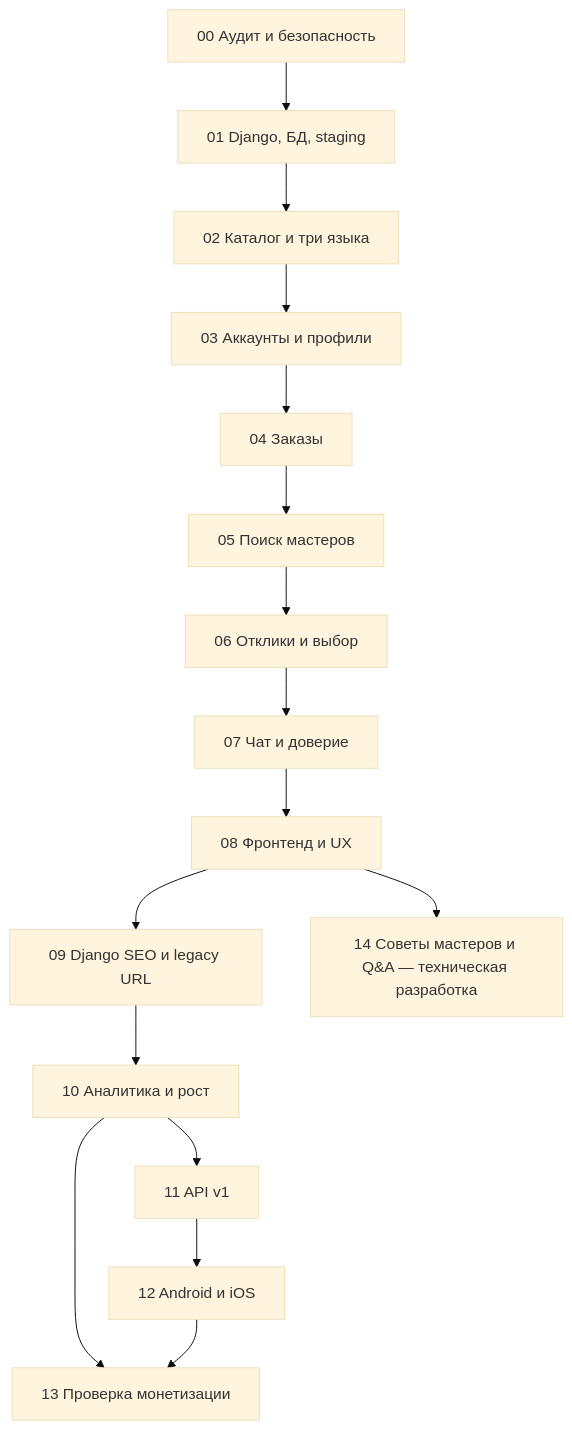
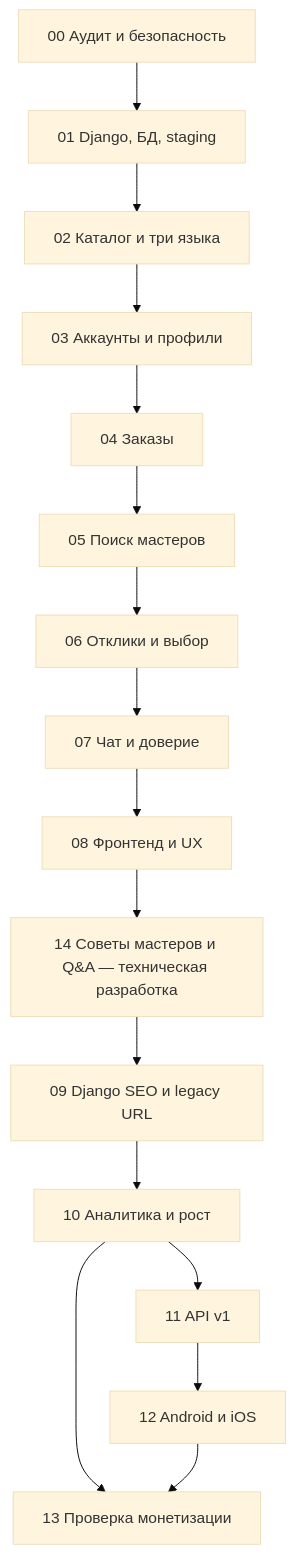
The diagram in docs/ROADMAP.md (maxim9362/zemiPro_site_django), drawn with Mermaid (base theme) before and after one commit. The commit also changed other lines of this file, not shown here.

Commit message:
docs(stage14): roadmap v1.4.5 final CI verified, real-pilot gate pending, Stage09 untouched

````diff
--- a/docs/ROADMAP.md
+++ b/docs/ROADMAP.md
@@ -84,18 +84,18 @@
 ```mermaid
 flowchart TD
     A[00 Аудит и безопасность] --> B[01 Django, БД, staging]
     B --> C[02 Каталог и три языка]
     C --> D[03 Аккаунты и профили]
     D --> E[04 Заказы]
     E --> F[05 Поиск мастеров]
     F --> G[06 Отклики и выбор]
     G --> H[07 Чат и доверие]
     H --> U[08 Фронтенд и UX]
-    U --> I[09 Django SEO и legacy URL]
+    U --> N[14 Советы мастеров и Q&A — техническая разработка]
+    N --> I[09 Django SEO и legacy URL]
     I --> J[10 Аналитика и рост]
     J --> K[11 API v1]
     K --> L[12 Android и iOS]
     J --> M[13 Проверка монетизации]
-    U --> N[14 Советы мастеров и Q&A — техническая разработка]
     L --> M
 ```
````
